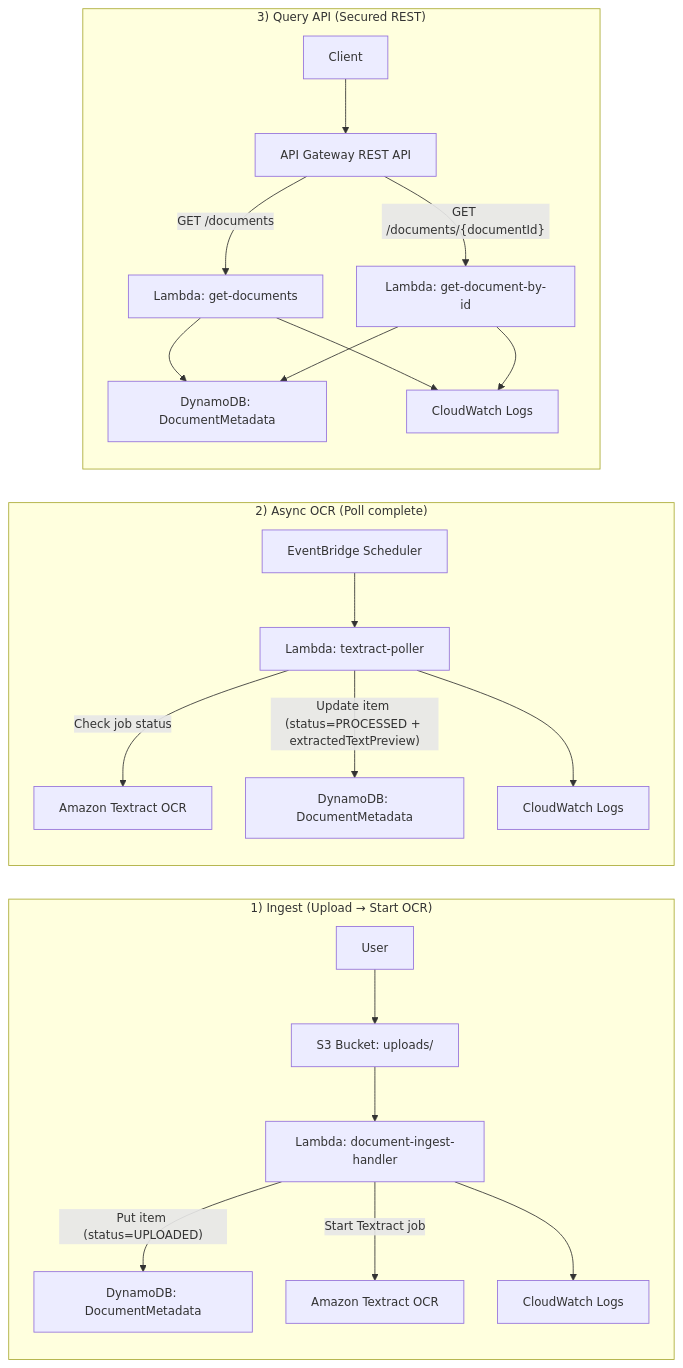
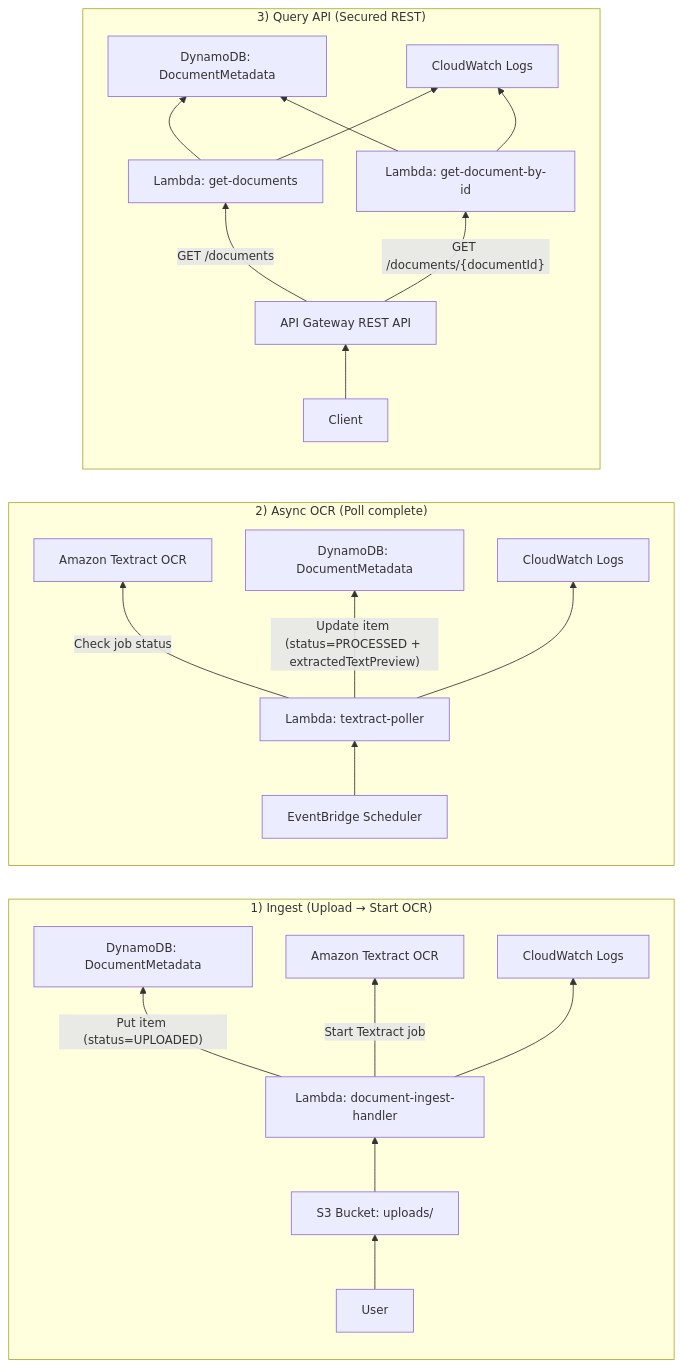
Before and after one commit to YogithR/Serverless-Document-Processing-Pipeline-AWS-: the diagram in README.md, drawn with Mermaid.

````diff
--- a/README.md
+++ b/README.md
@@ -12,34 +12,34 @@
 ```mermaid
 %%{init: {"flowchart": {"nodeSpacing": 40, "rankSpacing": 40, "curve": "basis"}, "themeVariables": {"fontSize": "14px"}} }%%
 flowchart LR
 
 subgraph ING["1) Ingest (Upload → Start OCR)"]
-direction TB
+direction BT
 U[User] --> S3["S3 Bucket: uploads/"]
 S3 --> L1["Lambda: document-ingest-handler"]
 L1 -->|"Put item (status=UPLOADED)"| DDB1["DynamoDB: DocumentMetadata"]
 L1 -->|"Start Textract job"| TX1["Amazon Textract OCR"]
 L1 --> CW1["CloudWatch Logs"]
 end
 
 subgraph ASYNC["2) Async OCR (Poll complete)"]
-direction TB
+direction BT
 EB["EventBridge Scheduler"] --> L2["Lambda: textract-poller"]
 L2 -->|"Check job status"| TX2["Amazon Textract OCR"]
 L2 -->|"Update item (status=PROCESSED + extractedTextPreview)"| DDB2["DynamoDB: DocumentMetadata"]
 L2 --> CW2["CloudWatch Logs"]
 end
 
 subgraph API["3) Query API (Secured REST)"]
-direction TB
+direction BT
 C[Client] --> APIGW["API Gateway REST API"]
 APIGW -->|"GET /documents"| L3["Lambda: get-documents"]
 APIGW -->|"GET /documents/{documentId}"| L4["Lambda: get-document-by-id"]
 L3 --> DDB3["DynamoDB: DocumentMetadata"]
 L4 --> DDB3
 L3 --> CW3["CloudWatch Logs"]
 L4 --> CW3
 end
 
 
 ```
````
